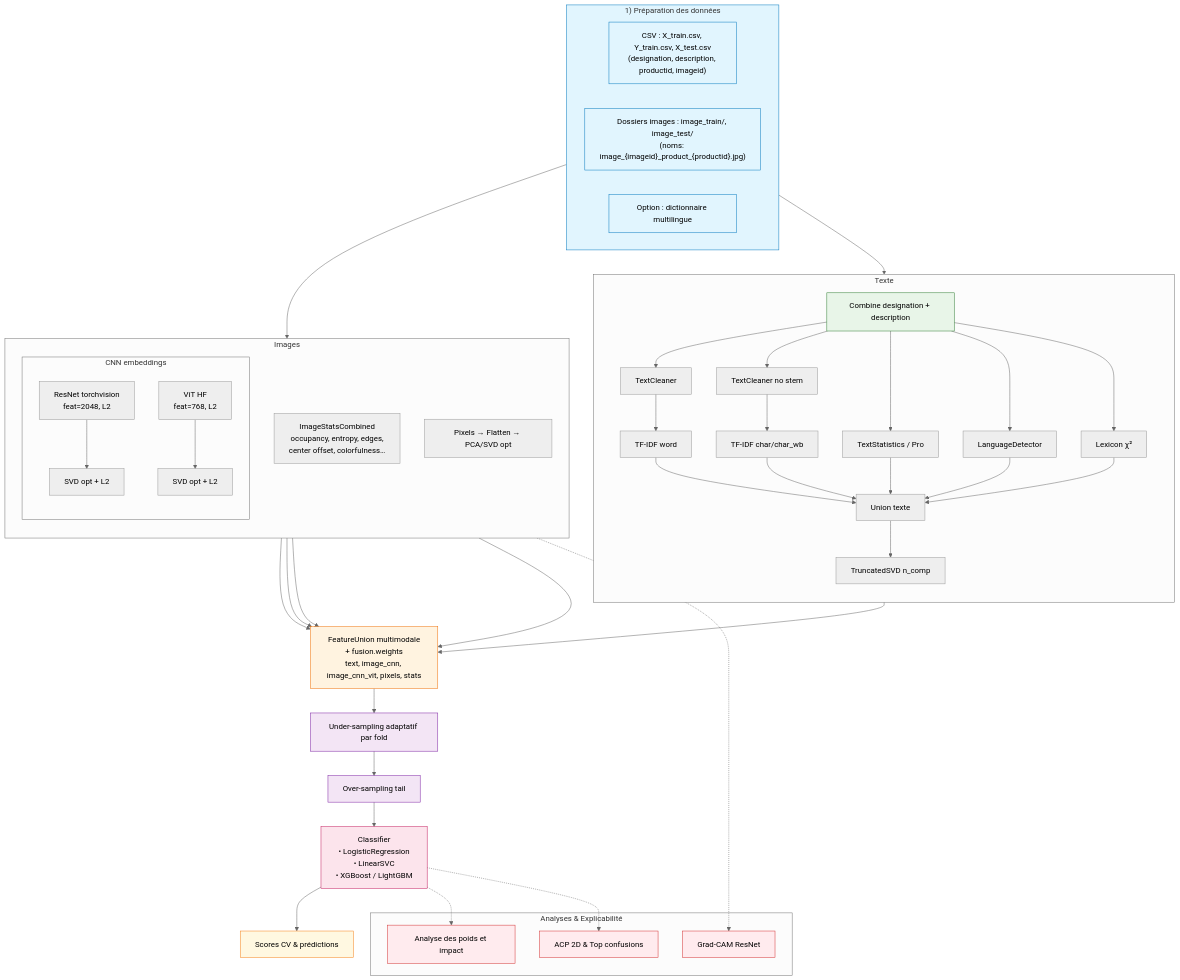
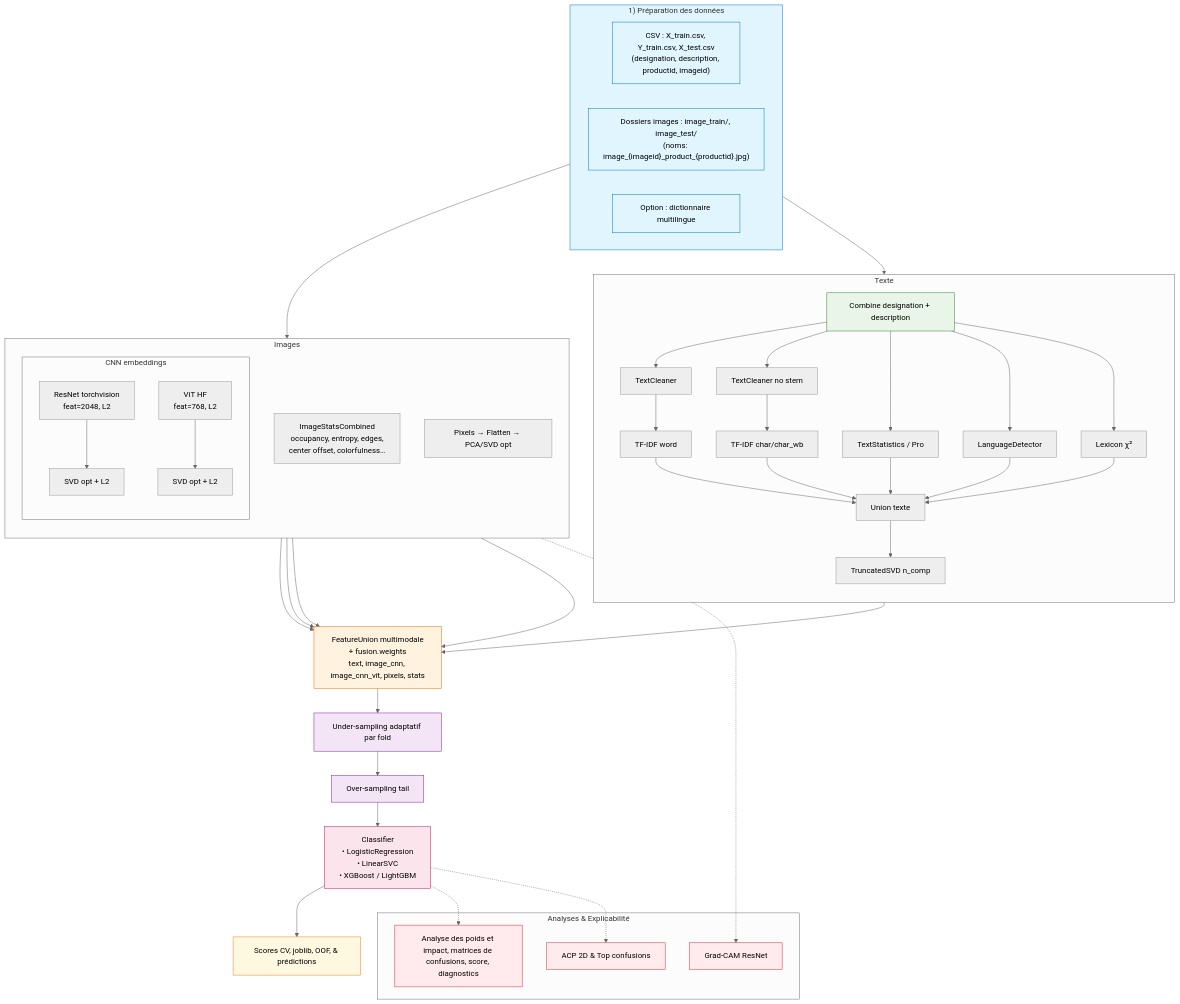
The first of 2 diagrams in README.md (ghjulia01/Rakuten), drawn with Mermaid (neutral theme) before and after one commit.

```diff
--- a/README.md
+++ b/README.md
@@ -181,7 +181,7 @@
   %% EXPLICABILITÉ
   %% ================
     subgraph X[Analyses & Explicabilité]
-    X1[Analyse des poids et impact]
+    X1[Analyse des poids et impact, matrices de confusions, score, diagnostics]
     X2[ACP 2D & Top confusions]
     X3[Grad-CAM ResNet]
   end
@@ -197,7 +197,7 @@
   FUSION --> US
   US --> OS
   OS --> CLF
-  CLF --> OUT[Scores CV & prédictions]
+  CLF --> OUT[Scores CV, joblib, OOF, & prédictions]
 
   %% ANALYSES HOOKS
   CLF -.-> X1
```
